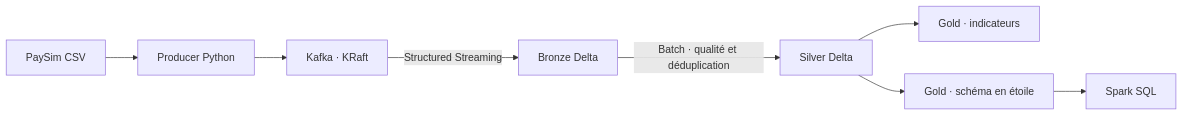
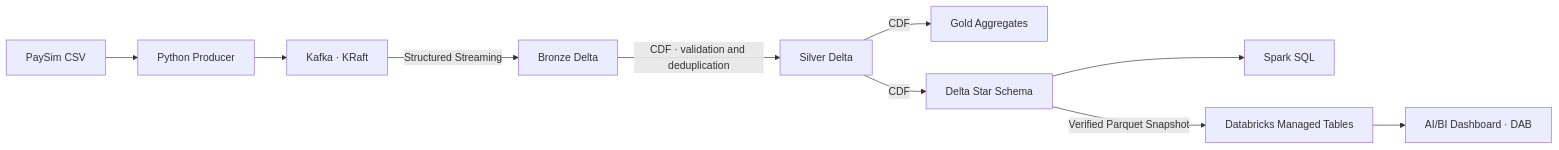
Before and after one commit to Cedric-LEBE/PaySim-Lakehouse: the diagram in README.md, drawn with Mermaid. The commit also changed other lines of this file and 40 other files, not shown here.

Commit message:
Add English analytics dashboard and gated manual DAB deployment

````diff
--- a/README.md
+++ b/README.md
@@ -9,10 +11,12 @@
 ```mermaid
 flowchart LR
-    CSV[PaySim CSV] --> P[Producer Python]
+    CSV[PaySim CSV] --> P[Python Producer]
     P --> K[Kafka · KRaft]
     K -->|Structured Streaming| B[Bronze Delta]
-    B -->|Batch · qualité et déduplication| S[Silver Delta]
-    S --> G[Gold · indicateurs]
-    S --> E[Gold · schéma en étoile]
+    B -->|CDF · validation and deduplication| S[Silver Delta]
+    S -->|CDF| G[Gold Aggregates]
+    S -->|CDF| E[Delta Star Schema]
     E --> SQL[Spark SQL]
+    E -->|Verified Parquet Snapshot| DB[Databricks Managed Tables]
+    DB --> BI[AI/BI Dashboard · DAB]
 ```
````
